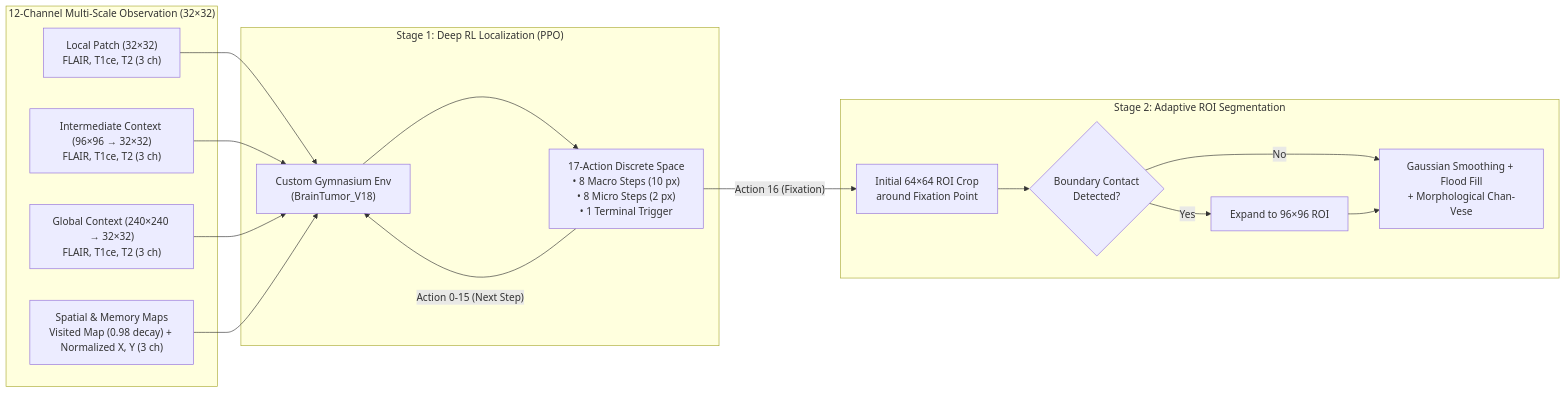
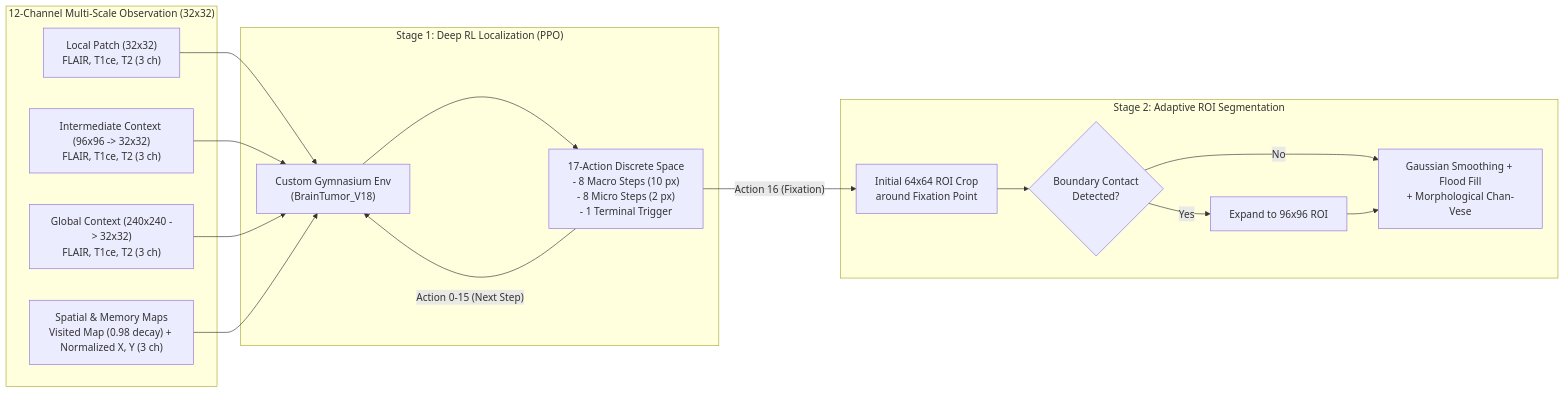
One commit to mohrez-004/ActiveVision-DRL-BrainTumor changed the diagram in README.md. Above: the diagram before and after it, drawn with Mermaid. The commit also changed other lines of this file, not shown here.

````diff
--- a/README.md
+++ b/README.md
@@ -27,30 +35,30 @@
 ```mermaid
 graph LR
-    subgraph Input["12-Channel Multi-Scale Observation (32×32)"]
-        A1["Local Patch (32×32)<br/>FLAIR, T1ce, T2 (3 ch)"]
-        A2["Intermediate Context (96×96 → 32×32)<br/>FLAIR, T1ce, T2 (3 ch)"]
-        A3["Global Context (240×240 → 32×32)<br/>FLAIR, T1ce, T2 (3 ch)"]
+    subgraph Input["12-Channel Multi-Scale Observation (32x32)"]
+        A1["Local Patch (32x32)<br/>FLAIR, T1ce, T2 (3 ch)"]
+        A2["Intermediate Context (96x96 -> 32x32)<br/>FLAIR, T1ce, T2 (3 ch)"]
+        A3["Global Context (240x240 -> 32x32)<br/>FLAIR, T1ce, T2 (3 ch)"]
         A4["Spatial & Memory Maps<br/>Visited Map (0.98 decay) + Normalized X, Y (3 ch)"]
     end
 
     subgraph Agent["Stage 1: Deep RL Localization (PPO)"]
         B1["Custom Gymnasium Env<br/>(BrainTumor_V18)"]
-        B2["17-Action Discrete Space<br/>• 8 Macro Steps (10 px)<br/>• 8 Micro Steps (2 px)<br/>• 1 Terminal Trigger"]
+        B2["17-Action Discrete Space<br/>- 8 Macro Steps (10 px)<br/>- 8 Micro Steps (2 px)<br/>- 1 Terminal Trigger"]
     end
 
     subgraph Seg["Stage 2: Adaptive ROI Segmentation"]
-        C1["Initial 64×64 ROI Crop<br/>around Fixation Point"]
+        C1["Initial 64x64 ROI Crop<br/>around Fixation Point"]
         C2{"Boundary Contact<br/>Detected?"}
-        C3["Expand to 96×96 ROI"]
+        C3["Expand to 96x96 ROI"]
         C4["Gaussian Smoothing + Flood Fill<br/>+ Morphological Chan-Vese"]
     end
 
     A1 & A2 & A3 & A4 --> B1
     B1 --> B2
     B2 -->|"Action 0-15 (Next Step)"| B1
     B2 -->|"Action 16 (Fixation)"| C1
     C1 --> C2
     C2 -->|"Yes"| C3
     C2 -->|"No"| C4
     C3 --> C4
 ```
````
